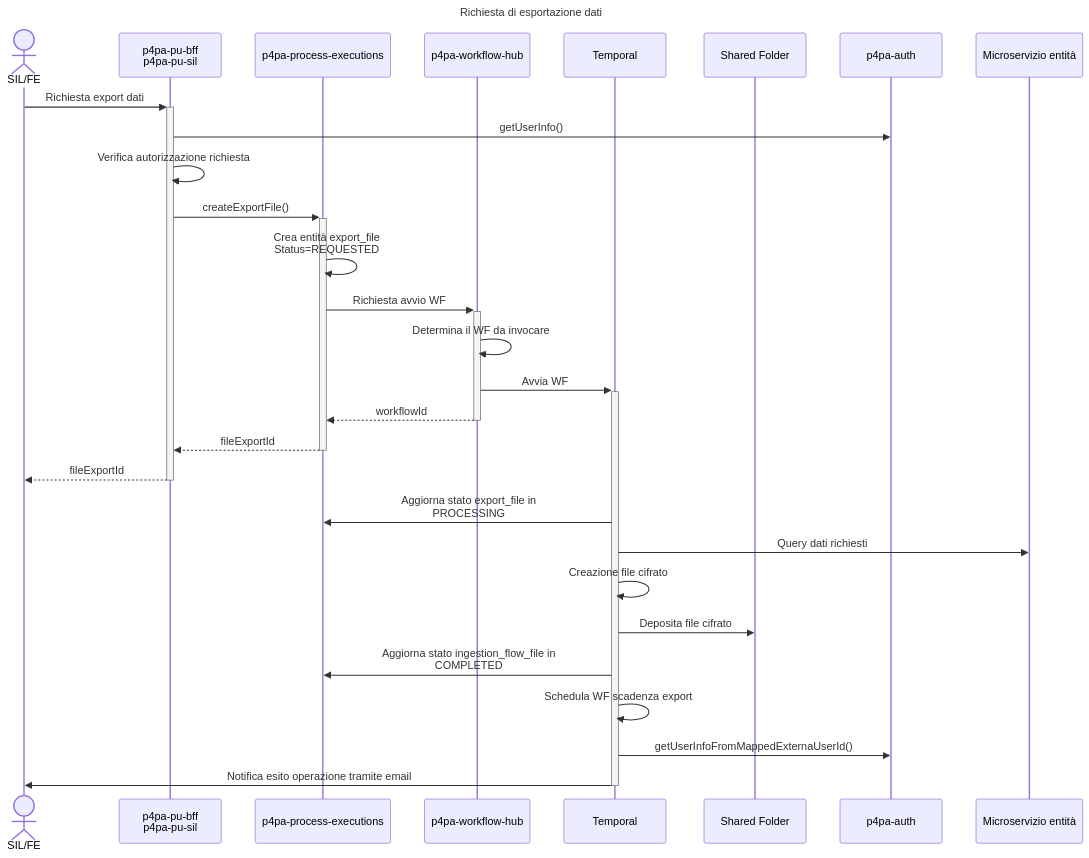
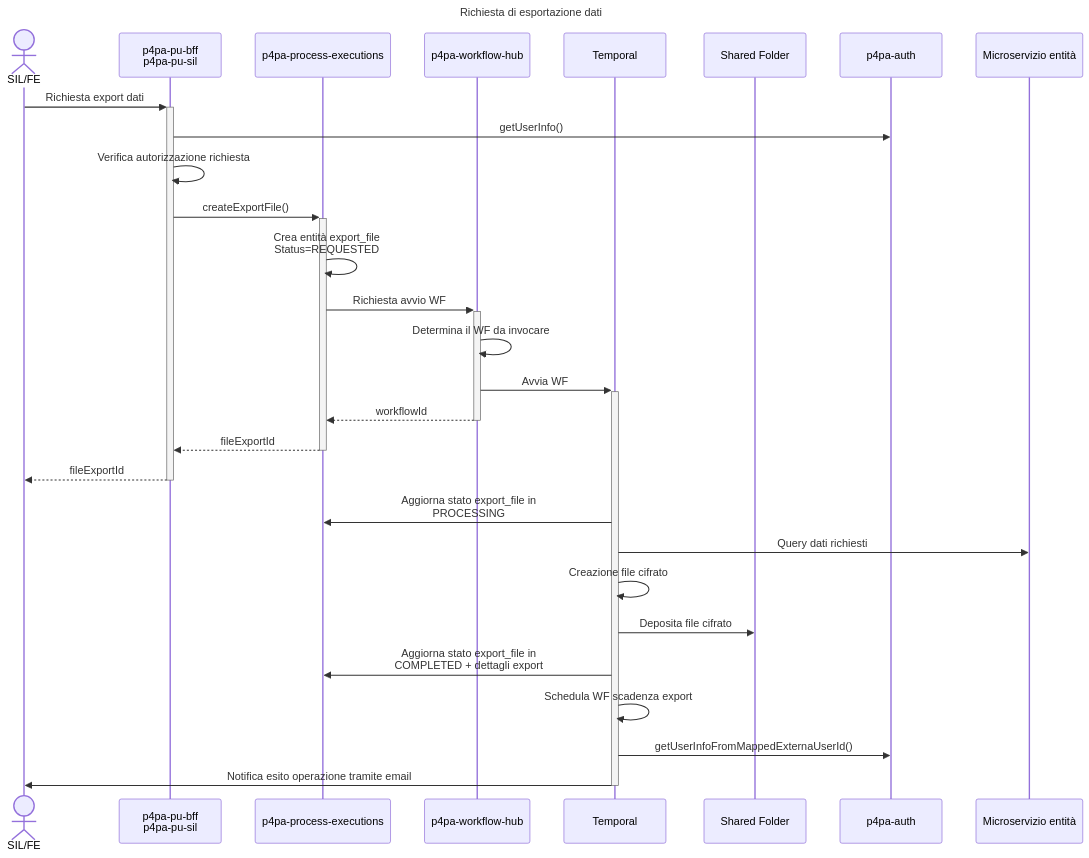
Before and after one commit to pagopa/p4pa-doc: the diagram in design/filesHandling/02.export_seq.mmd, drawn with Mermaid. The commit also changed 1 other file, not shown here.

Commit message:
fix: ExportFile sequence

```diff
--- a/design/filesHandling/02.export_seq.mmd
+++ b/design/filesHandling/02.export_seq.mmd
@@ -1,34 +1,34 @@
 ---
 title: Richiesta di esportazione dati
 ---
 sequenceDiagram
     actor CLIENT as SIL/FE
     participant BFF as p4pa-pu-bff<BR />p4pa-pu-sil
     participant MS_PROCESS_EXECUTIONS as p4pa-process-executions
     participant MS_WF as p4pa-workflow-hub
     participant WF as Temporal
     participant SHARED as Shared Folder
     participant MS_AUTH as p4pa-auth
     participant MS_ENTITY as Microservizio entità
 
     CLIENT ->>+ BFF: Richiesta export dati
         BFF ->> MS_AUTH: getUserInfo()
         BFF ->> BFF: Verifica autorizzazione richiesta
         BFF ->>+ MS_PROCESS_EXECUTIONS: createExportFile()
             MS_PROCESS_EXECUTIONS ->> MS_PROCESS_EXECUTIONS: Crea entità export_file<BR />Status=REQUESTED
             MS_PROCESS_EXECUTIONS ->>+ MS_WF: Richiesta avvio WF
                 MS_WF ->> MS_WF: Determina il WF da invocare
                 MS_WF ->>+ WF: Avvia WF
                 MS_WF -->>- MS_PROCESS_EXECUTIONS: workflowId
             MS_PROCESS_EXECUTIONS -->>- BFF: fileExportId
         BFF -->>- CLIENT: fileExportId
 
     WF ->> MS_PROCESS_EXECUTIONS: Aggiorna stato export_file in<BR />PROCESSING
     WF ->> MS_ENTITY: Query dati richiesti
     WF ->> WF: Creazione file cifrato
     WF ->> SHARED: Deposita file cifrato
-    WF ->> MS_PROCESS_EXECUTIONS: Aggiorna stato ingestion_flow_file in<BR />COMPLETED
+    WF ->> MS_PROCESS_EXECUTIONS: Aggiorna stato export_file in<BR />COMPLETED + dettagli export
     WF ->> WF: Schedula WF scadenza export
     WF ->> MS_AUTH: getUserInfoFromMappedExternaUserId()
     WF ->> CLIENT: Notifica esito operazione tramite email
     deactivate WF
```
